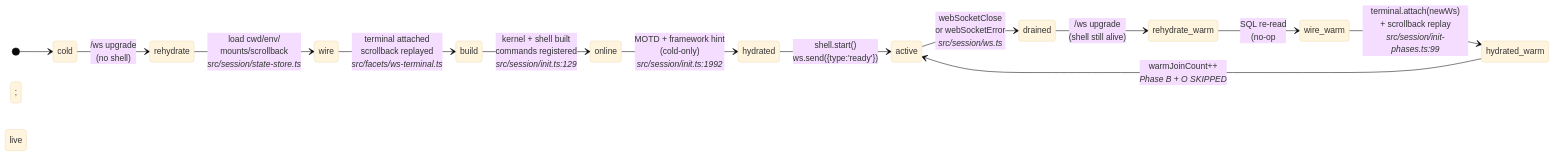
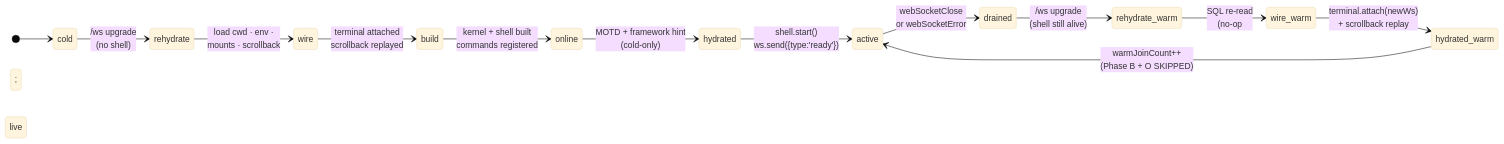
Before and after one commit to AshishKumar4/Nimbus: the second of 4 diagrams in README.md, drawn with Mermaid (base theme). The commit also changed other lines of this file, not shown here.

````diff
--- a/README.md
+++ b/README.md
@@ -182,23 +75,23 @@
 ```mermaid
 stateDiagram-v2
     direction LR
     [*] --> cold
 
     cold --> rehydrate: /ws upgrade<br/>(no shell)
-    rehydrate --> wire: load cwd/env/<br/>mounts/scrollback<br/><i>src/session/state-store.ts</i>
-    wire --> build: terminal attached<br/>scrollback replayed<br/><i>src/facets/ws-terminal.ts</i>
-    build --> online: kernel + shell built<br/>commands registered<br/><i>src/session/init.ts:129</i>
-    online --> hydrated: MOTD + framework hint<br/>(cold-only)<br/><i>src/session/init.ts:1992</i>
+    rehydrate --> wire: load cwd · env ·<br/>mounts · scrollback
+    wire --> build: terminal attached<br/>scrollback replayed
+    build --> online: kernel + shell built<br/>commands registered
+    online --> hydrated: MOTD + framework hint<br/>(cold-only)
     hydrated --> active: shell.start()<br/>ws.send({type:'ready'})
 
-    active --> drained: webSocketClose<br/>or webSocketError<br/><i>src/session/ws.ts</i>
+    active --> drained: webSocketClose<br/>or webSocketError
 
     drained --> rehydrate_warm: /ws upgrade<br/>(shell still alive)
     rehydrate_warm --> wire_warm: SQL re-read<br/>(no-op; live state OK)
-    wire_warm --> hydrated_warm: terminal.attach(newWs)<br/>+ scrollback replay<br/><i>src/session/init-phases.ts:99</i>
-    hydrated_warm --> active: warmJoinCount++<br/><i>Phase B + O SKIPPED</i>
+    wire_warm --> hydrated_warm: terminal.attach(newWs)<br/>+ scrollback replay
+    hydrated_warm --> active: warmJoinCount++<br/>(Phase B + O SKIPPED)
 
     state rehydrate_warm <<choice>>
     state wire_warm <<choice>>
     state hydrated_warm <<choice>>
 ```
````
